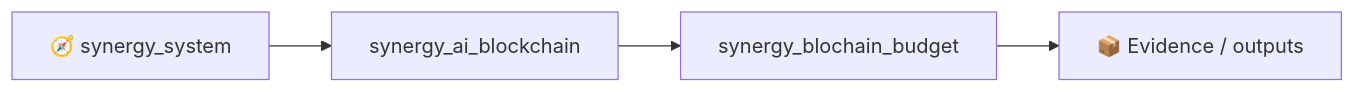
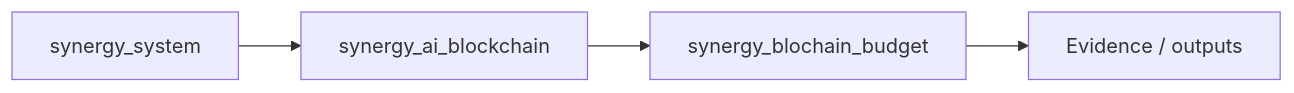
The first of 2 diagrams in README.md (Shtenco/synergy_blochain_budget), drawn with Mermaid before and after one commit. The commit also changed other lines of this file, not shown here.

````diff
--- a/README.md
+++ b/README.md
@@ -232,6 +232,6 @@
 ```mermaid
 flowchart LR
-    SYS[🧭 synergy_system] --> P[synergy_ai_blockchain]
+    SYS[ synergy_system] --> P[synergy_ai_blockchain]
     P --> THIS[synergy_blochain_budget]
-    THIS --> E[📦 Evidence / outputs]
+    THIS --> E[ Evidence / outputs]
 ```
````
